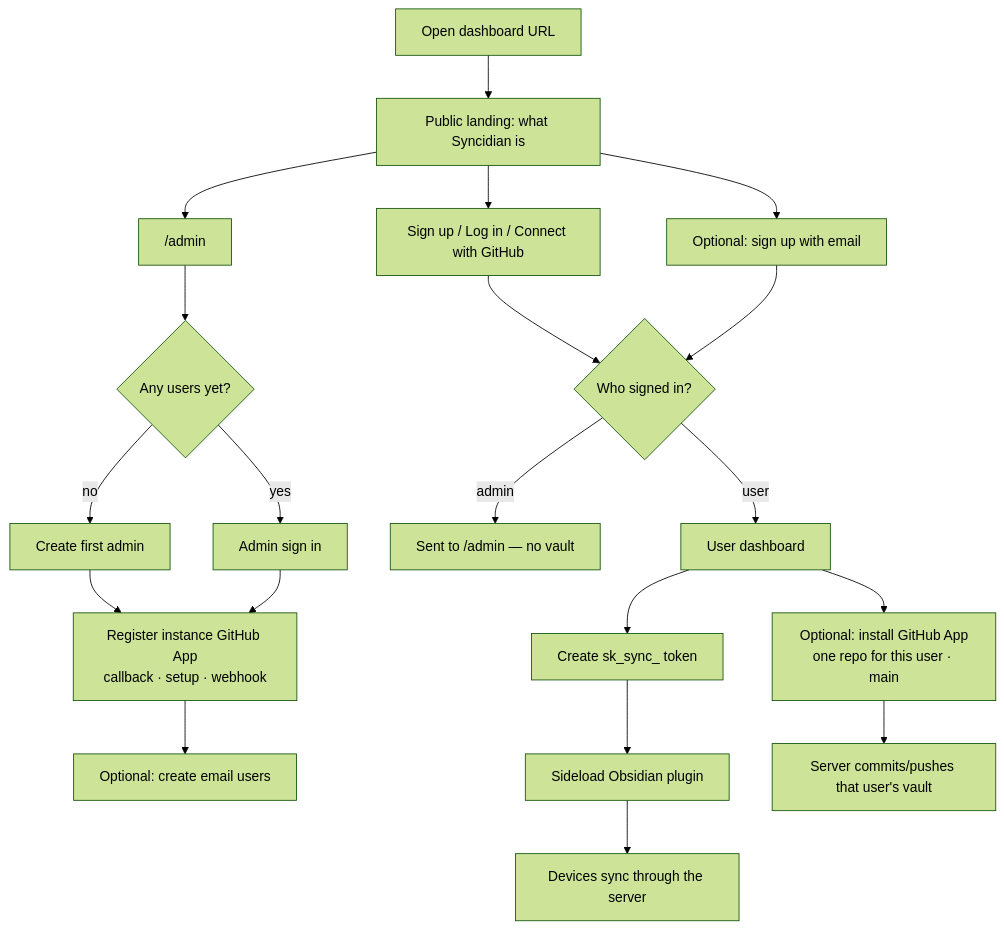
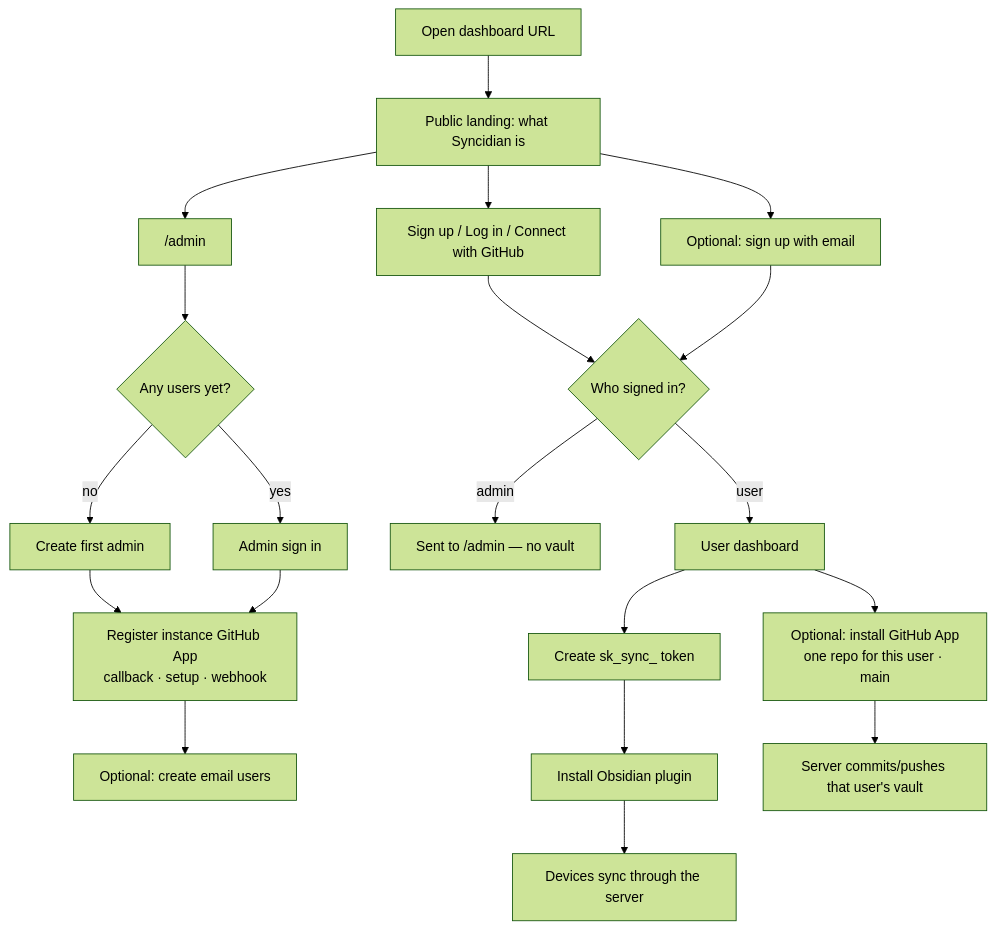
One commit to shangeethsivan/Syncidian changed the second of 7 diagrams in README.md. Above: the diagram before and after it, drawn with Mermaid (forest theme). The commit also changed other lines of this file and 13 other files, not shown here.

First line of the commit message:
Prepare the Obsidian plugin for the community directory

````diff
--- a/README.md
+++ b/README.md
@@ -181,24 +199,24 @@
 ```mermaid
 flowchart TD
   Open["Open dashboard URL"] --> Land["Public landing: what Syncidian is"]
   Land --> GHSign["Sign up / Log in / Connect with GitHub"]
   Land --> Email["Optional: sign up with email"]
   Land --> AdminLink["/admin"]
 
   AdminLink --> First{"Any users yet?"}
   First -->|no| Admin["Create first admin"]
   First -->|yes| AdminLogin["Admin sign in"]
   Admin --> App["Register instance GitHub App<br/>callback · setup · webhook"]
   AdminLogin --> App
   App --> Users["Optional: create email users"]
 
   GHSign --> Role{"Who signed in?"}
   Email --> Role
   Role -->|admin| AdminHome["Sent to /admin — no vault"]
   Role -->|user| UserHome["User dashboard"]
   UserHome --> Repo["Optional: install GitHub App<br/>one repo for this user · main"]
   UserHome --> Tok["Create sk_sync_ token"]
-  Tok --> Plug["Sideload Obsidian plugin"]
+  Tok --> Plug["Install Obsidian plugin"]
   Plug --> Sync["Devices sync through the server"]
   Repo --> Backup["Server commits/pushes that user's vault"]
 ```
````
